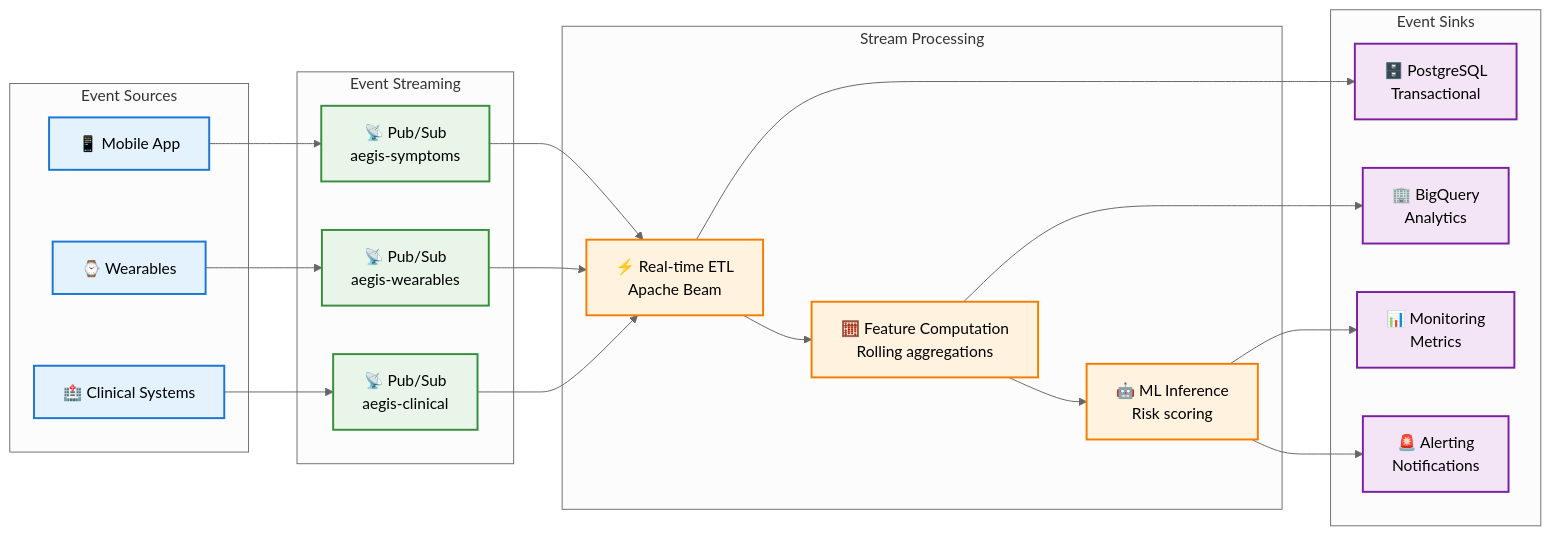
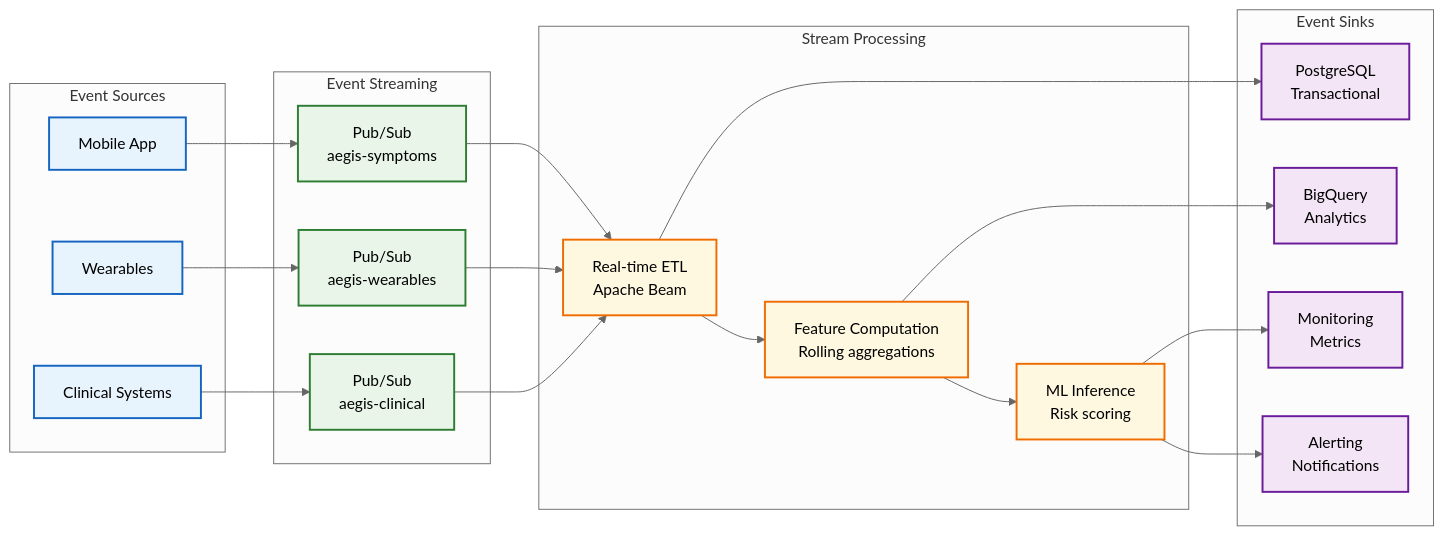
One commit to PriscillaOng12/Aegis changed the eighth of 11 diagrams in docs/ARCHITECTURE.md. Above: the diagram before and after it, drawn with Mermaid (neutral theme). The commit also changed other lines of this file, not shown here.

````diff
--- a/docs/ARCHITECTURE.md
+++ b/docs/ARCHITECTURE.md
@@ -611,53 +611,53 @@
 ```mermaid
 graph LR
     subgraph "Event Sources"
-        A1[📱 Mobile App]
-        A2[⌚ Wearables]
-        A3[🏥 Clinical Systems]
+        A1[Mobile App]
+        A2[Wearables]
+        A3[Clinical Systems]
     end
     
     subgraph "Event Streaming"
-        B1[📡 Pub/Sub<br/>aegis-symptoms]
-        B2[📡 Pub/Sub<br/>aegis-wearables]
-        B3[📡 Pub/Sub<br/>aegis-clinical]
+        B1[Pub/Sub<br/>aegis-symptoms]
+        B2[Pub/Sub<br/>aegis-wearables]
+        B3[Pub/Sub<br/>aegis-clinical]
     end
     
     subgraph "Stream Processing"
-        C1[⚡ Real-time ETL<br/>Apache Beam]
-        C2[🧮 Feature Computation<br/>Rolling aggregations]
-        C3[🤖 ML Inference<br/>Risk scoring]
+        C1[Real-time ETL<br/>Apache Beam]
+        C2[Feature Computation<br/>Rolling aggregations]
+        C3[ML Inference<br/>Risk scoring]
     end
     
     subgraph "Event Sinks"
-        D1[🗄️ PostgreSQL<br/>Transactional]
-        D2[🏢 BigQuery<br/>Analytics]
-        D3[📊 Monitoring<br/>Metrics]
-        D4[🚨 Alerting<br/>Notifications]
+        D1[PostgreSQL<br/>Transactional]
+        D2[BigQuery<br/>Analytics]
+        D3[Monitoring<br/>Metrics]
+        D4[Alerting<br/>Notifications]
     end
     
     A1 --> B1
     A2 --> B2
     A3 --> B3
     
     B1 --> C1
     B2 --> C1
     B3 --> C1
     
     C1 --> C2
     C2 --> C3
     
     C1 --> D1
     C2 --> D2
     C3 --> D3
     C3 --> D4
     
-    classDef source fill:#E3F2FD,stroke:#1976D2,stroke-width:2px
-    classDef streaming fill:#E8F5E8,stroke:#388E3C,stroke-width:2px
-    classDef processing fill:#FFF3E0,stroke:#F57C00,stroke-width:2px
-    classDef sink fill:#F3E5F5,stroke:#7B1FA2,stroke-width:2px
+    classDef source fill:#E8F4FD,stroke:#1565C0,stroke-width:2px,color:#000000
+    classDef streaming fill:#E8F5E8,stroke:#2E7D32,stroke-width:2px,color:#000000
+    classDef processing fill:#FFF8E1,stroke:#EF6C00,stroke-width:2px,color:#000000
+    classDef sink fill:#F3E5F5,stroke:#6A1B9A,stroke-width:2px,color:#000000
     
     class A1,A2,A3 source
     class B1,B2,B3 streaming
     class C1,C2,C3 processing
     class D1,D2,D3,D4 sink
 ```
````
